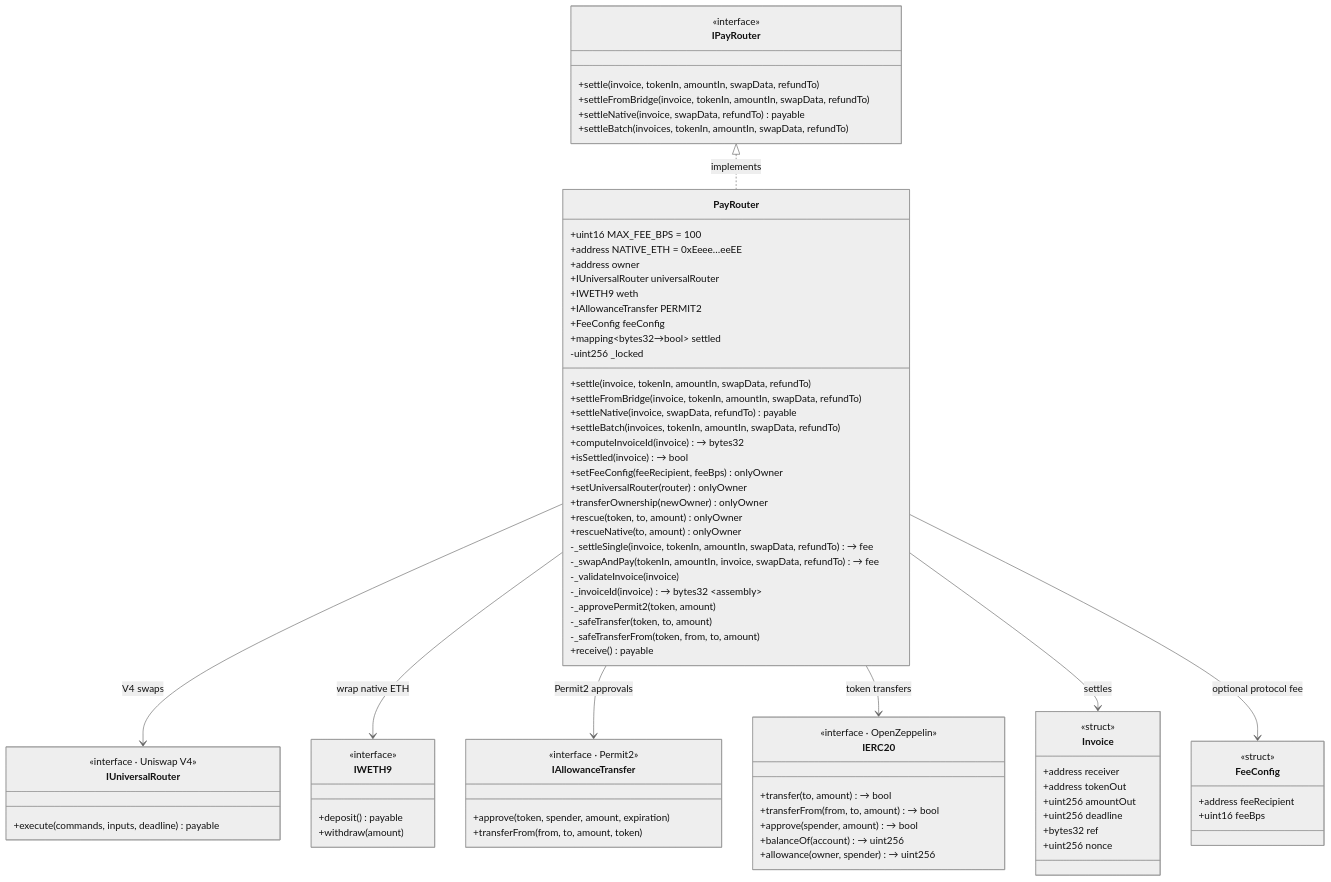
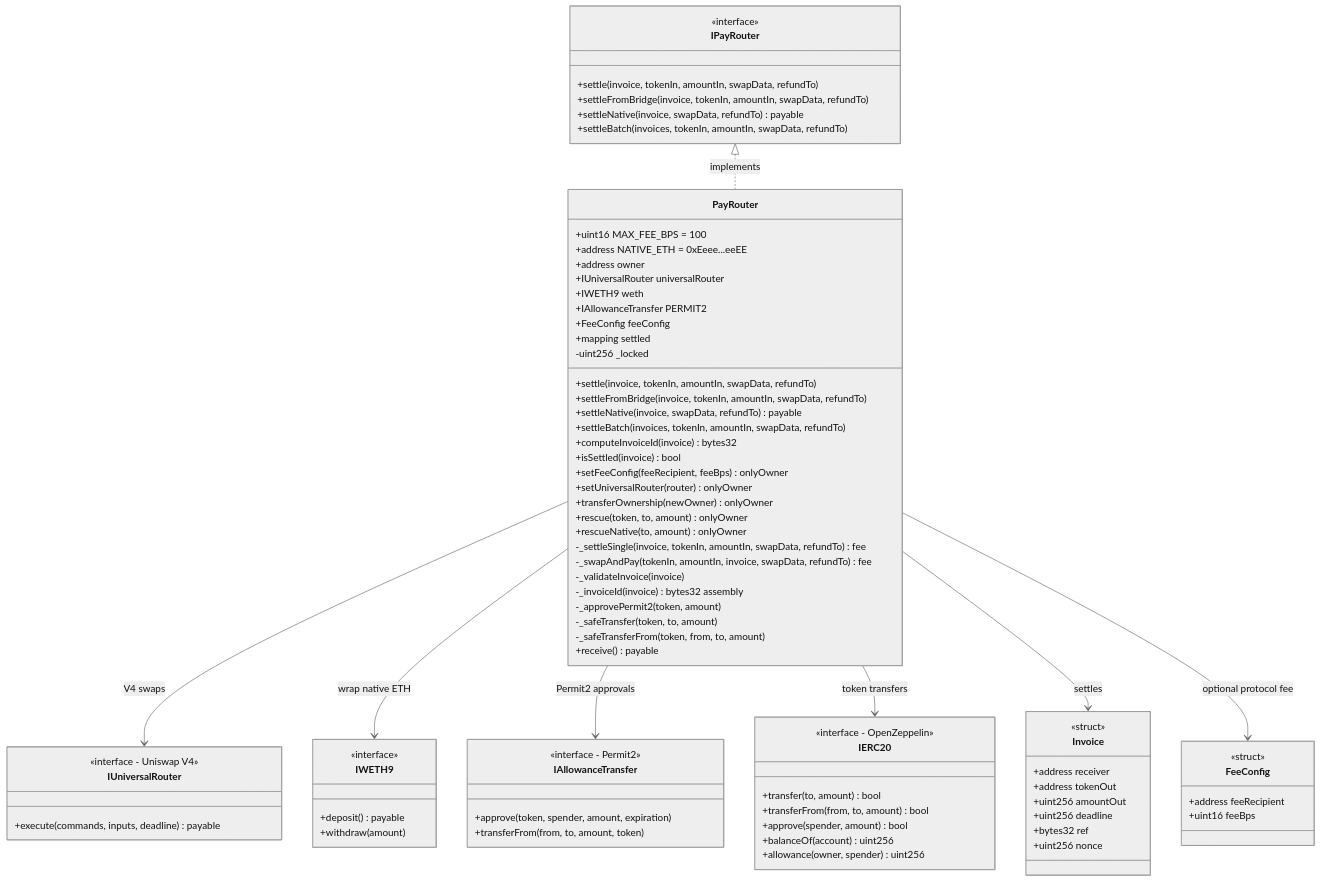
The third of 11 diagrams in docs/architecture.md (danelerr/htm-abipago), drawn with Mermaid (neutral theme) before and after one commit. The commit also changed other lines of this file, not shown here.

Commit message:
updsare diagram

```diff
--- a/docs/architecture.md
+++ b/docs/architecture.md
@@ -168,29 +168,29 @@
 
     class PayRouter {
         +uint16 MAX_FEE_BPS = 100
-        +address NATIVE_ETH = 0xEeee…eeEE
+        +address NATIVE_ETH = 0xEeee...eeEE
         +address owner
         +IUniversalRouter universalRouter
         +IWETH9 weth
         +IAllowanceTransfer PERMIT2
         +FeeConfig feeConfig
-        +mapping~bytes32→bool~ settled
+        +mapping settled
         -uint256 _locked
         +settle(invoice, tokenIn, amountIn, swapData, refundTo)
         +settleFromBridge(invoice, tokenIn, amountIn, swapData, refundTo)
         +settleNative(invoice, swapData, refundTo) payable
         +settleBatch(invoices, tokenIn, amountIn, swapData, refundTo)
-        +computeInvoiceId(invoice) → bytes32
-        +isSettled(invoice) → bool
+        +computeInvoiceId(invoice) bytes32
+        +isSettled(invoice) bool
         +setFeeConfig(feeRecipient, feeBps) onlyOwner
         +setUniversalRouter(router) onlyOwner
         +transferOwnership(newOwner) onlyOwner
         +rescue(token, to, amount) onlyOwner
         +rescueNative(to, amount) onlyOwner
-        -_settleSingle(invoice, tokenIn, amountIn, swapData, refundTo) → fee
-        -_swapAndPay(tokenIn, amountIn, invoice, swapData, refundTo) → fee
+        -_settleSingle(invoice, tokenIn, amountIn, swapData, refundTo) fee
+        -_swapAndPay(tokenIn, amountIn, invoice, swapData, refundTo) fee
         -_validateInvoice(invoice)
-        -_invoiceId(invoice) → bytes32 ~assembly~
+        -_invoiceId(invoice) bytes32 assembly
         -_approvePermit2(token, amount)
         -_safeTransfer(token, to, amount)
         -_safeTransferFrom(token, from, to, amount)
@@ -198,7 +198,7 @@
     }
 
     class IUniversalRouter {
-        <<interface · Uniswap V4>>
+        <<interface - Uniswap V4>>
         +execute(commands, inputs, deadline) payable
     }
 
@@ -209,18 +209,18 @@
     }
 
     class IAllowanceTransfer {
-        <<interface · Permit2>>
+        <<interface - Permit2>>
         +approve(token, spender, amount, expiration)
         +transferFrom(from, to, amount, token)
     }
 
     class IERC20 {
-        <<interface · OpenZeppelin>>
-        +transfer(to, amount) → bool
-        +transferFrom(from, to, amount) → bool
-        +approve(spender, amount) → bool
-        +balanceOf(account) → uint256
-        +allowance(owner, spender) → uint256
+        <<interface - OpenZeppelin>>
+        +transfer(to, amount) bool
+        +transferFrom(from, to, amount) bool
+        +approve(spender, amount) bool
+        +balanceOf(account) uint256
+        +allowance(owner, spender) uint256
     }
 
     IPayRouter <|.. PayRouter : implements
```
